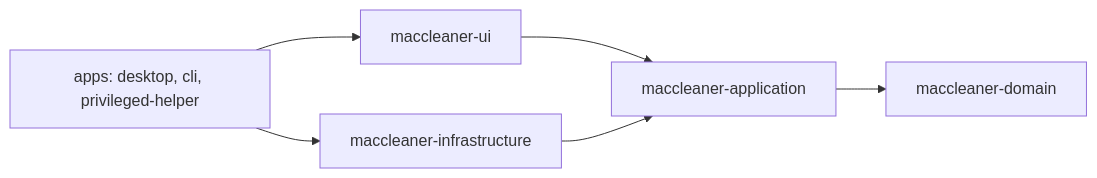
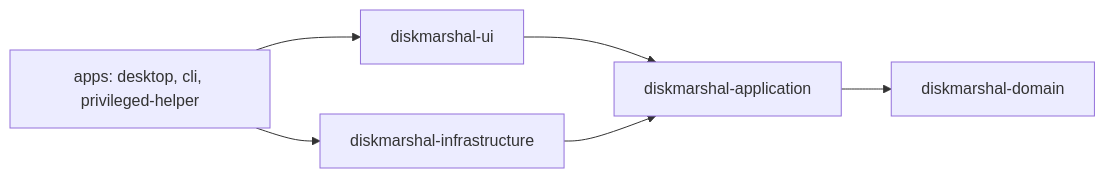
The diagram in README.md (renatoasterio/DiskMarshal), drawn with Mermaid before and after one commit. The commit also changed other lines of this file and 377 other files, not shown here.

````diff
--- a/README.md
+++ b/README.md
@@ -182,8 +182,8 @@
 ```mermaid
 flowchart LR
-    apps["apps: desktop, cli, privileged-helper"] --> ui["maccleaner-ui"]
-    apps --> infra["maccleaner-infrastructure"]
-    ui --> application["maccleaner-application"]
+    apps["apps: desktop, cli, privileged-helper"] --> ui["diskmarshal-ui"]
+    apps --> infra["diskmarshal-infrastructure"]
+    ui --> application["diskmarshal-application"]
     infra --> application
-    application --> domain["maccleaner-domain"]
+    application --> domain["diskmarshal-domain"]
 ```
````
